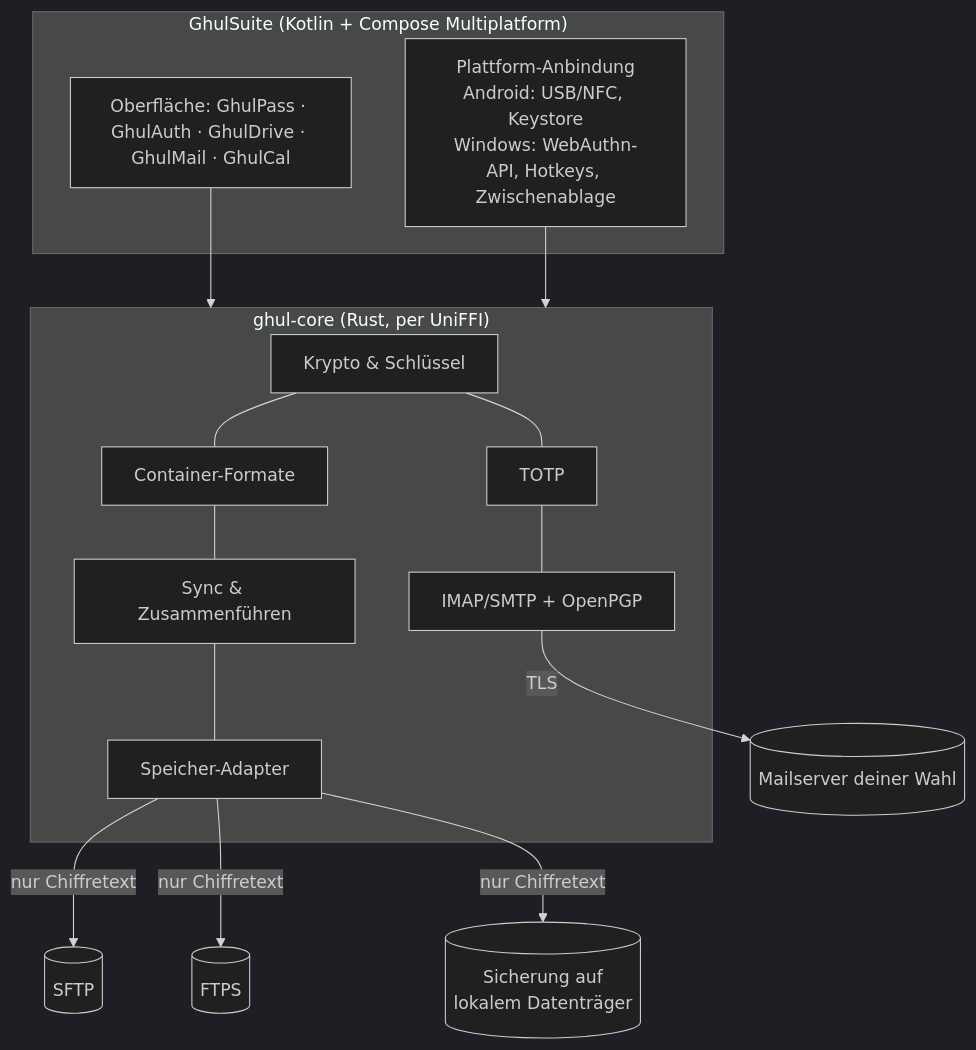
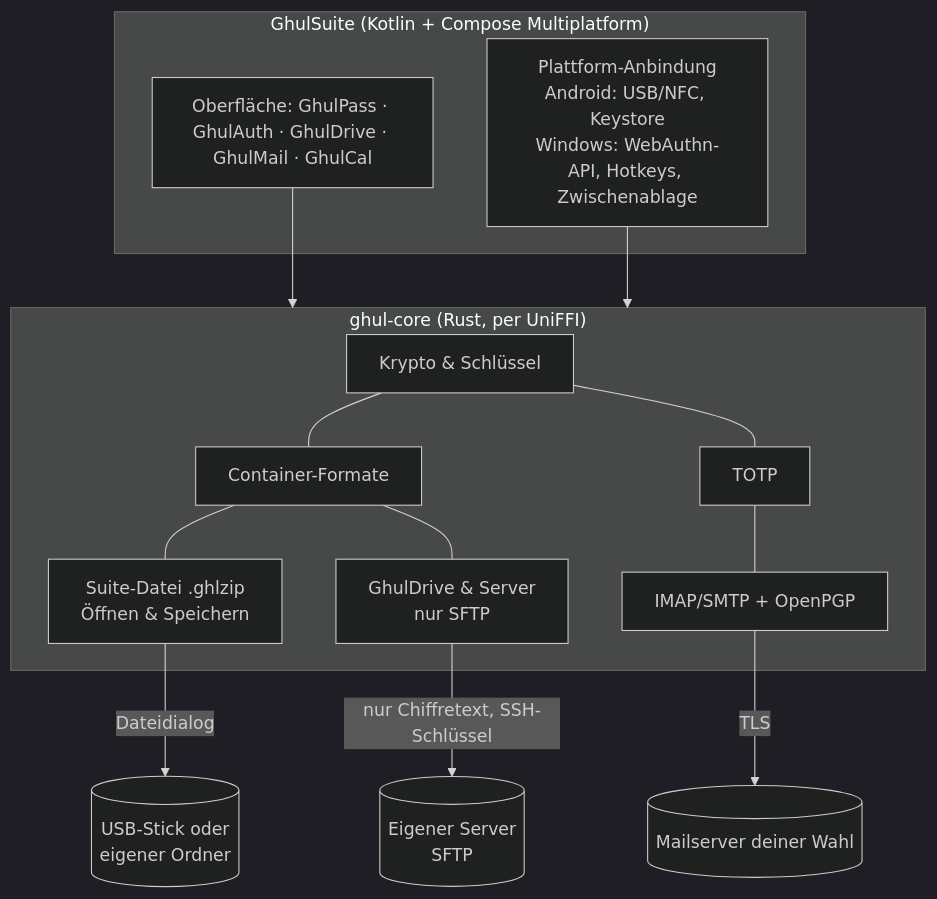
One commit to ghulaschsuppe/GhulSuite changed the first of 2 diagrams in docs/KONZEPT.md. Above: the diagram before and after it, drawn with Mermaid (dark theme). The commit also changed other lines of this file and 1 other file, not shown here.

````diff
--- a/docs/KONZEPT.md
+++ b/docs/KONZEPT.md
@@ -80,17 +82,18 @@
 ```mermaid
 flowchart TB
   subgraph App["GhulSuite (Kotlin + Compose Multiplatform)"]
     UI[Oberfläche: GhulPass · GhulAuth · GhulDrive · GhulMail · GhulCal]
     PF[Plattform-Anbindung<br/>Android: USB/NFC, Keystore<br/>Windows: WebAuthn-API, Hotkeys, Zwischenablage]
   end
   subgraph Core["ghul-core (Rust, per UniFFI)"]
     C1[Krypto & Schlüssel] --- C2[Container-Formate]
-    C2 --- C3[Sync & Zusammenführen]
-    C3 --- C4[Speicher-Adapter]
+    C2 --- C3[Suite-Datei .ghlzip<br/>Öffnen & Speichern]
+    C2 --- C4[GhulDrive & Server<br/>nur SFTP]
     C1 --- C5[TOTP] --- C6[IMAP/SMTP + OpenPGP]
   end
   UI --> Core
   PF --> Core
-  C4 -- "nur Chiffretext" --> S1[(SFTP)] & S2[(FTPS)] & S5[(Sicherung auf<br/>lokalem Datenträger)]
+  C3 -- "Dateidialog" --> F[(USB-Stick oder<br/>eigener Ordner)]
+  C4 -- "nur Chiffretext, SSH-Schlüssel" --> S1[(Eigener Server<br/>SFTP)]
   C6 -- "TLS" --> M[(Mailserver deiner Wahl)]
 ```
````
